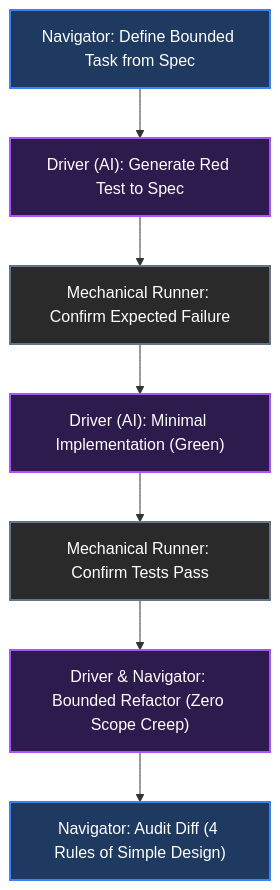
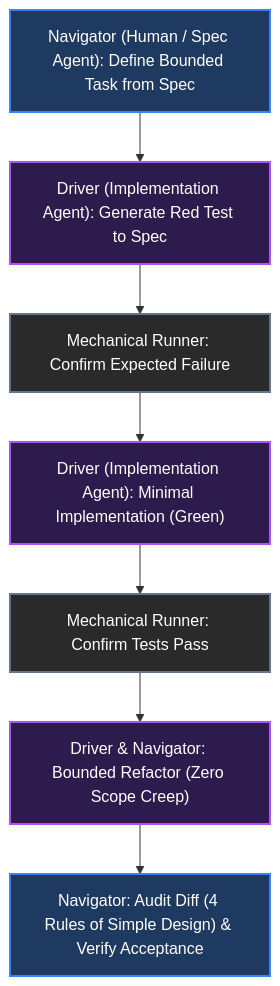
One commit to AI-Extreme-Programming/aiXP changed the diagram in docs/aixp/01.03.50-terminal-loop.md. Above: the diagram before and after it, drawn with Mermaid. The commit also changed other lines of this file and 1 other file, not shown here.

````diff
--- a/docs/aixp/01.03.50-terminal-loop.md
+++ b/docs/aixp/01.03.50-terminal-loop.md
@@ -12,13 +12,13 @@
 ```mermaid
 flowchart TD
     classDef human fill:#1f3a60,stroke:#3b82f6,stroke-width:2px,color:#fff;
     classDef ai fill:#2d1b4e,stroke:#a855f7,stroke-width:2px,color:#fff;
     classDef gate fill:#2a2a2a,stroke:#64748b,stroke-width:2px,color:#fff;
 
-    A["Navigator: Define Bounded Task from Spec"]:::human --> B["Driver (AI): Generate Red Test to Spec"]:::ai
+    A["Navigator (Human / Spec Agent): Define Bounded Task from Spec"]:::human --> B["Driver (Implementation Agent): Generate Red Test to Spec"]:::ai
     B --> C["Mechanical Runner: Confirm Expected Failure"]:::gate
-    C --> D["Driver (AI): Minimal Implementation (Green)"]:::ai
+    C --> D["Driver (Implementation Agent): Minimal Implementation (Green)"]:::ai
     D --> E["Mechanical Runner: Confirm Tests Pass"]:::gate
     E --> F["Driver & Navigator: Bounded Refactor (Zero Scope Creep)"]:::ai
-    F --> G["Navigator: Audit Diff (4 Rules of Simple Design)"]:::human
+    F --> G["Navigator: Audit Diff (4 Rules of Simple Design) & Verify Acceptance"]:::human
 ```
````
